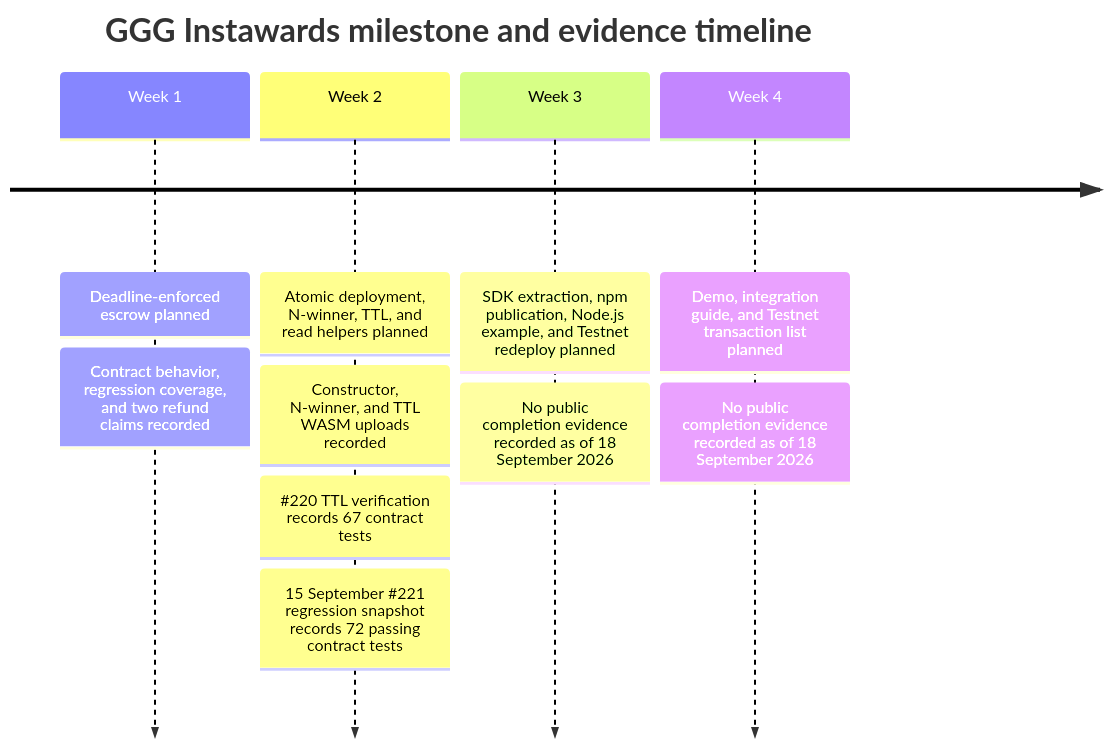
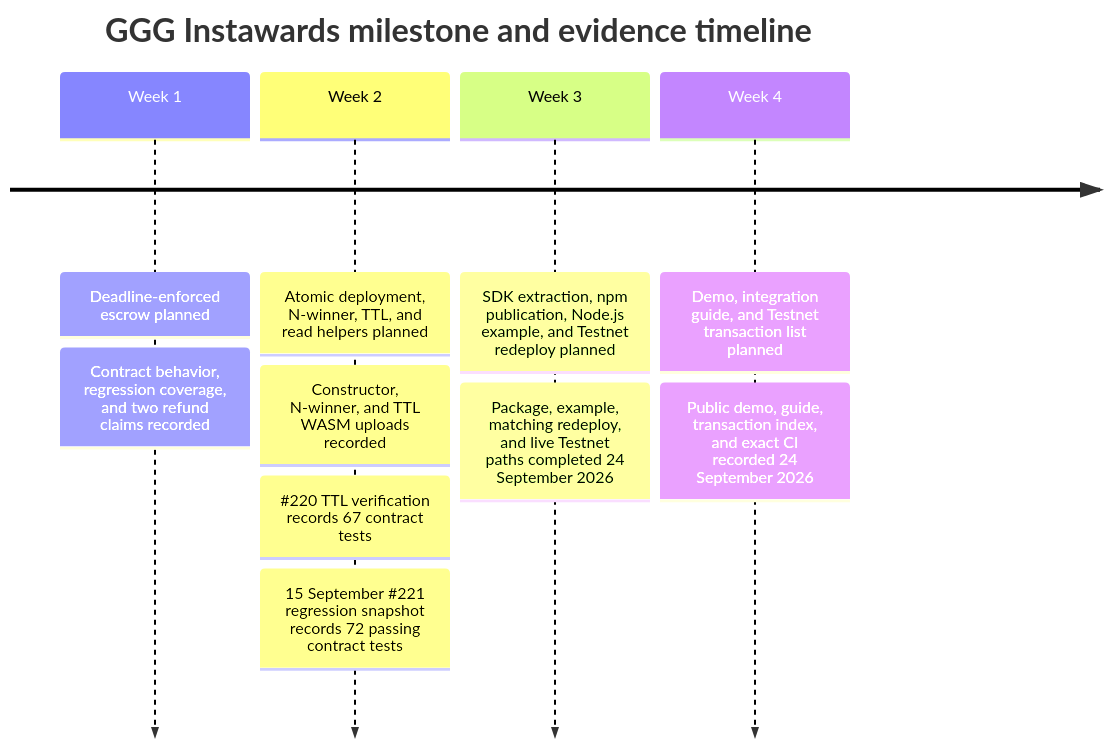
Before and after one commit to artisam-ggg/ggg: the diagram in docs/gitbook/reference/milestone-timeline.md, drawn with Mermaid. The commit also changed other lines of this file and 15 other files, not shown here.

````diff
--- a/docs/gitbook/reference/milestone-timeline.md
+++ b/docs/gitbook/reference/milestone-timeline.md
@@ -5,14 +5,14 @@
 ```mermaid
 timeline
     title GGG Instawards milestone and evidence timeline
     Week 1 : Deadline-enforced escrow planned
            : Contract behavior, regression coverage, and two refund claims recorded
     Week 2 : Atomic deployment, N-winner, TTL, and read helpers planned
            : Constructor, N-winner, and TTL WASM uploads recorded
            : #220 TTL verification records 67 contract tests
            : 15 September #221 regression snapshot records 72 passing contract tests
     Week 3 : SDK extraction, npm publication, Node.js example, and Testnet redeploy planned
-           : No public completion evidence recorded as of 18 September 2026
+           : Package, example, matching redeploy, and live Testnet paths completed 24 September 2026
     Week 4 : Demo, integration guide, and Testnet transaction list planned
-           : No public completion evidence recorded as of 18 September 2026
+           : Public demo, guide, transaction index, and exact CI recorded 24 September 2026
 ```
````
